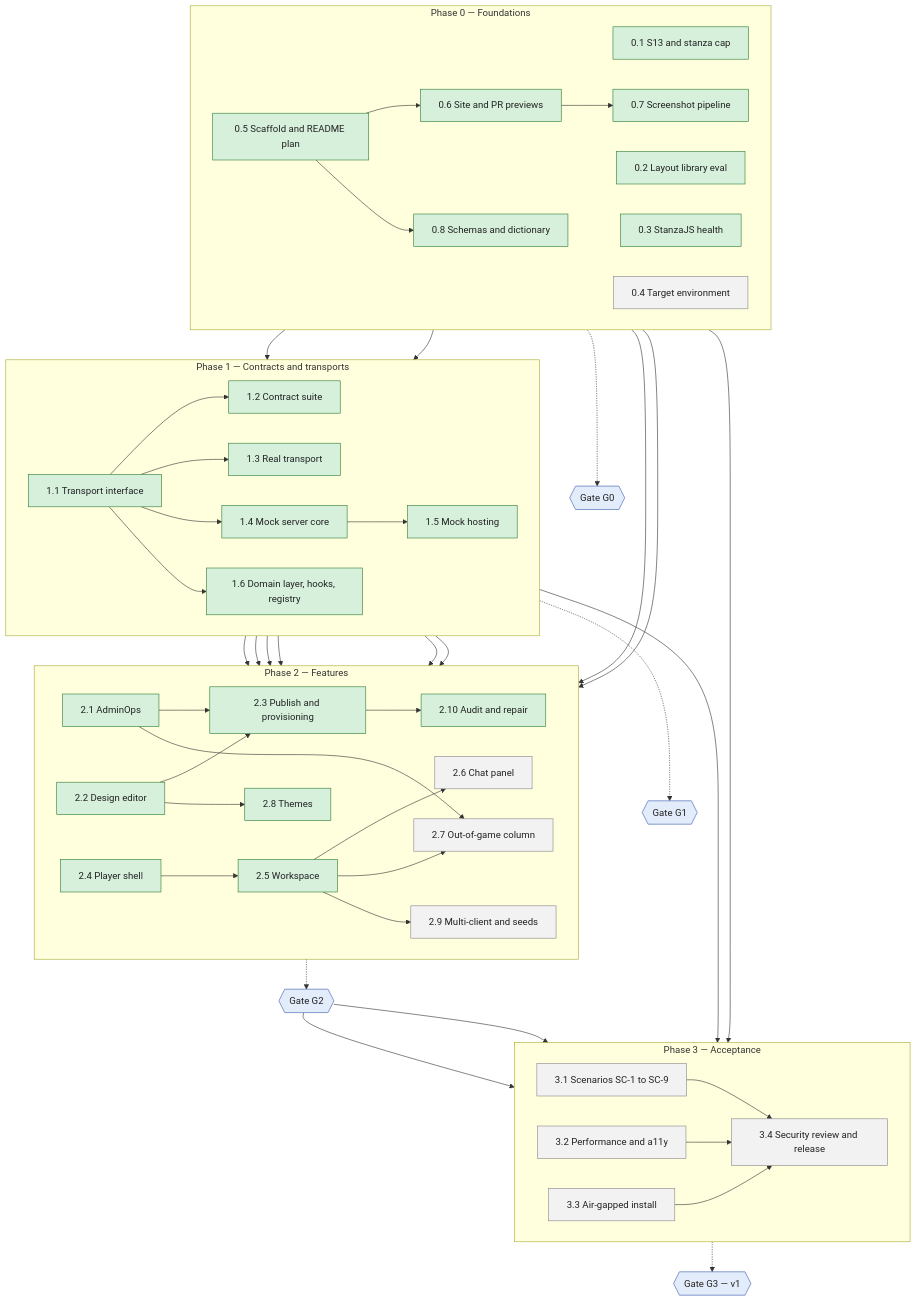
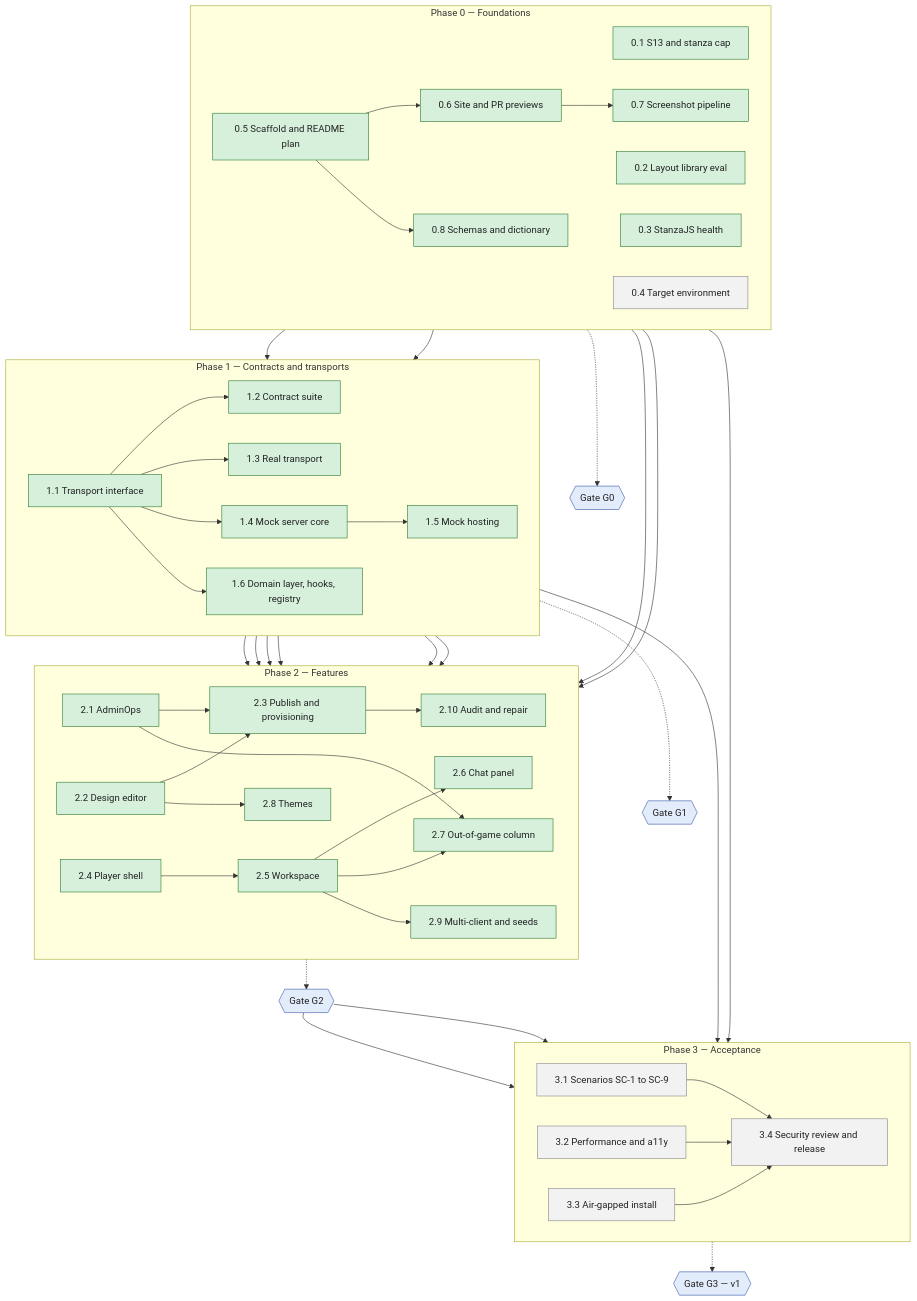
One commit to serge-web/war-rooms-x2 changed the diagram in README.md. Above: the diagram before and after it, drawn with Mermaid. The commit also changed 2 other files, not shown here.

Commit message:
Load the admin backend on demand; README: Phase 2 WPs done
The admin editors move to their own chunk, so the main bundle drops from 1,082 kB to 869 kB
and the warning limit returns to 900 kB.

Claude-Session: https://claude.ai/code/session_01TY1E6c57xxT5mxvjEfpJhn

````diff
--- a/README.md
+++ b/README.md
@@ -9,76 +9,76 @@
 ```mermaid
 flowchart TB
     subgraph P0["Phase 0 — Foundations"]
         direction LR
         wp01["0.1 S13 and stanza cap"]
         wp02["0.2 Layout library eval"]
         wp03["0.3 StanzaJS health"]
         wp04["0.4 Target environment"]
         wp05["0.5 Scaffold and README plan"]
         wp06["0.6 Site and PR previews"]
         wp07["0.7 Screenshot pipeline"]
         wp08["0.8 Schemas and dictionary"]
     end
     subgraph P1["Phase 1 — Contracts and transports"]
         direction LR
         wp11["1.1 Transport interface"]
         wp12["1.2 Contract suite"]
         wp13["1.3 Real transport"]
         wp14["1.4 Mock server core"]
         wp15["1.5 Mock hosting"]
         wp16["1.6 Domain layer, hooks, registry"]
     end
     subgraph P2["Phase 2 — Features"]
         direction LR
         wp21["2.1 AdminOps"]
         wp22["2.2 Design editor"]
         wp23["2.3 Publish and provisioning"]
         wp210["2.10 Audit and repair"]
         wp24["2.4 Player shell"]
         wp25["2.5 Workspace"]
         wp26["2.6 Chat panel"]
         wp27["2.7 Out-of-game column"]
         wp28["2.8 Themes"]
         wp29["2.9 Multi-client and seeds"]
     end
     subgraph P3["Phase 3 — Acceptance"]
         direction LR
         wp31["3.1 Scenarios SC-1 to SC-9"]
         wp32["3.2 Performance and a11y"]
         wp33["3.3 Air-gapped install"]
         wp34["3.4 Security review and release"]
     end
     G0{{"Gate G0"}}
     G1{{"Gate G1"}}
     G2{{"Gate G2"}}
     G3{{"Gate G3 — v1"}}
 
     wp05 --> wp06 --> wp07
     wp05 --> wp08
     wp03 & wp08 --> wp11
     wp11 --> wp12 & wp13 & wp14 & wp16
     wp14 --> wp15
     wp13 & wp16 & wp01 --> wp21
     wp16 --> wp22
     wp21 & wp22 --> wp23 --> wp210
     wp16 --> wp24
     wp02 & wp24 --> wp25 --> wp26
     wp25 & wp21 --> wp27
     wp16 & wp22 --> wp28
     wp15 & wp25 --> wp29
     wp04 & wp13 --> wp33
     wp31 & wp32 & wp33 --> wp34
     P0 -.-> G0
     P1 -.-> G1
     P2 -.-> G2
     G2 --> wp31 & wp32
     P3 -.-> G3
 
     classDef todo fill:#f2f2f2,stroke:#888,color:#222
     classDef active fill:#fff1c2,stroke:#c9a000,color:#222,stroke-width:2px
     classDef done fill:#d6f0dc,stroke:#2e7d32,color:#222
     classDef gate fill:#e3ecfa,stroke:#3b5bab,color:#222
-    class wp04,wp26,wp27,wp29,wp31,wp32,wp33,wp34 todo
-    class wp01,wp02,wp03,wp05,wp06,wp07,wp08,wp11,wp12,wp13,wp14,wp15,wp16,wp21,wp22,wp23,wp24,wp25,wp28,wp210 done
+    class wp04,wp31,wp32,wp33,wp34 todo
+    class wp01,wp02,wp03,wp05,wp06,wp07,wp08,wp11,wp12,wp13,wp14,wp15,wp16,wp21,wp22,wp23,wp24,wp25,wp26,wp27,wp28,wp29,wp210 done
     class G0,G1,G2,G3 gate
 ```
````
